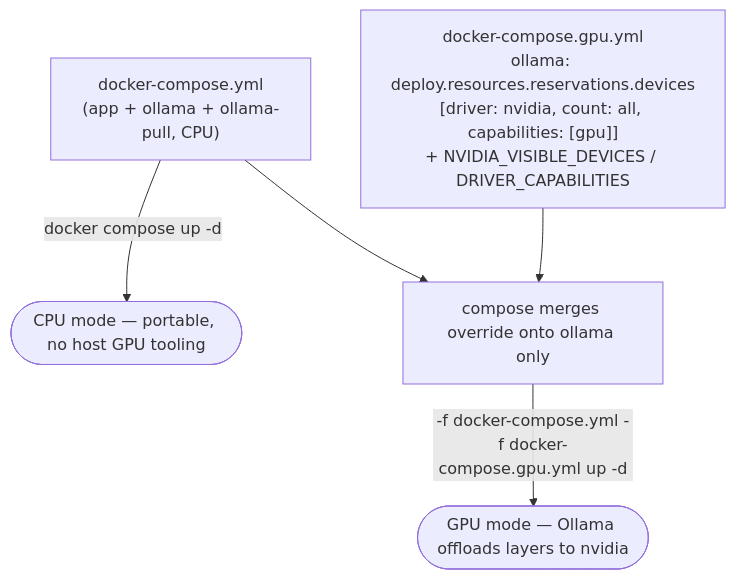
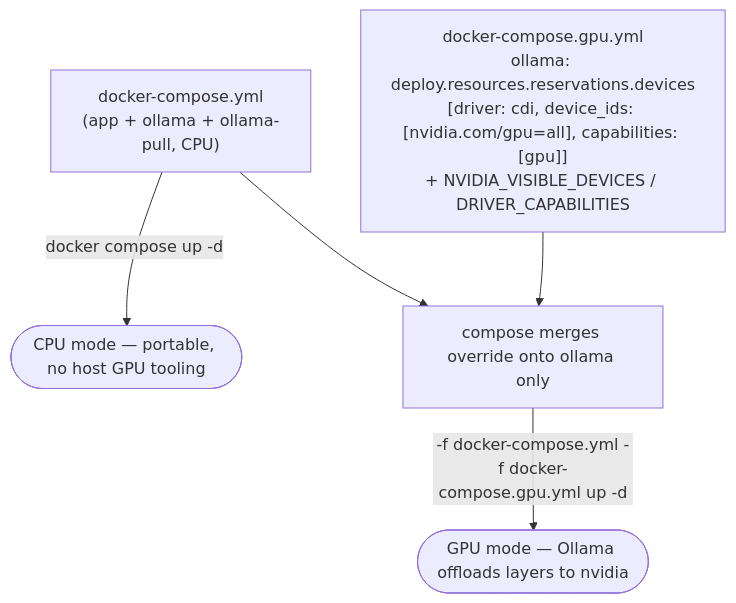
The third of 3 diagrams in docs/12-deployment.md (jasdian/idea-vault), drawn with Mermaid before and after one commit. The commit also changed other lines of this file and 1 other file, not shown here.

First line of the commit message:
fix(deploy): request GPU via CDI, not the legacy nvidia runtime

````diff
--- a/docs/12-deployment.md
+++ b/docs/12-deployment.md
@@ -111,10 +111,10 @@
 ```mermaid
 flowchart TB
     BASE["docker-compose.yml\n(app + ollama + ollama-pull, CPU)"]
-    GPU["docker-compose.gpu.yml\nollama: deploy.resources.reservations.devices\n[driver: nvidia, count: all, capabilities: [gpu]]\n+ NVIDIA_VISIBLE_DEVICES / DRIVER_CAPABILITIES"]
+    GPU["docker-compose.gpu.yml\nollama: deploy.resources.reservations.devices\n[driver: cdi, device_ids: [nvidia.com/gpu=all], capabilities: [gpu]]\n+ NVIDIA_VISIBLE_DEVICES / DRIVER_CAPABILITIES"]
 
     BASE -->|"docker compose up -d"| CPU(["CPU mode — portable, no host GPU tooling"])
     BASE --> MERGE
     GPU --> MERGE
     MERGE["compose merges override onto ollama only"] -->|"-f docker-compose.yml -f docker-compose.gpu.yml up -d"| GPUM(["GPU mode — Ollama offloads layers to nvidia"])
 ```
````
